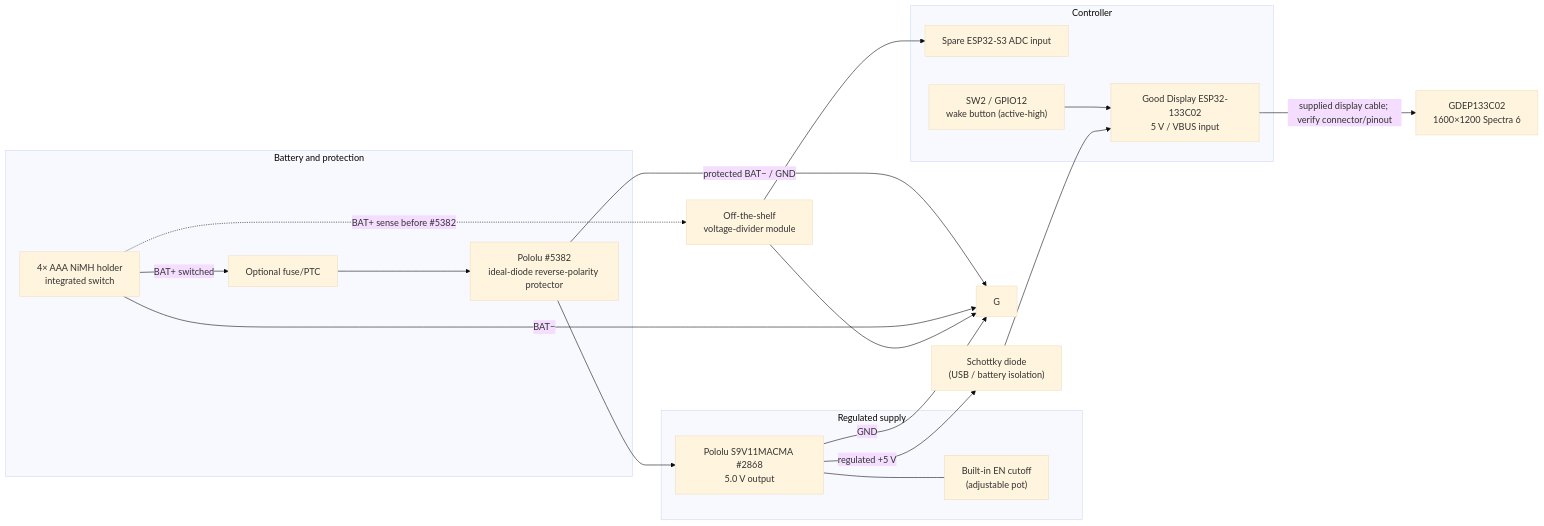
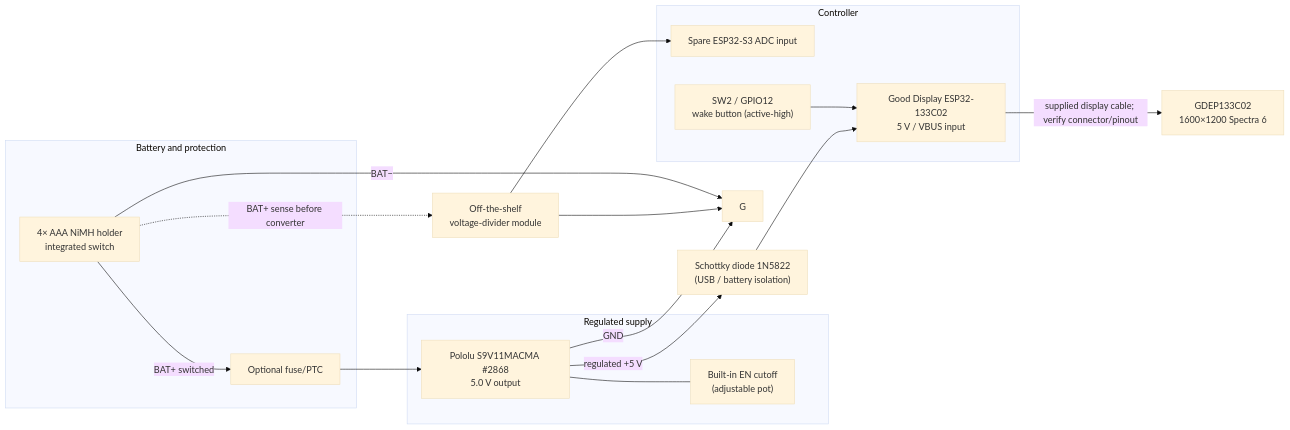
The diagram in docs/WIRING.md (Maokx1/hof_frame), drawn with Mermaid (base theme) before and after one commit. The commit also changed other lines of this file and 1 other file, not shown here.

Commit message:
docs(plan, wiring): Updated battery protection details and wiring diagram for clarity

````diff
--- a/docs/WIRING.md
+++ b/docs/WIRING.md
@@ -10,32 +10,30 @@
 ```mermaid
 flowchart LR
     subgraph BAT["Battery and protection"]
         H["4× AAA NiMH holder<br/>integrated switch"]
         F["Optional fuse/PTC"]
-        P["Pololu #5382<br/>ideal-diode reverse-polarity protector"]
     end
-    SD["Schottky diode<br/>(USB / battery isolation)"]
+    SD["Schottky diode 1N5822<br/>(USB / battery isolation)"]
 
     subgraph REG["Regulated supply"]
         C["Pololu S9V11MACMA #2868<br/>5.0 V output"]
         E["Built-in EN cutoff<br/>(adjustable pot)"]
     end
 
     subgraph CTRL["Controller"]
         B["Good Display ESP32-133C02<br/>5 V / VBUS input"]
         A["Spare ESP32-S3 ADC input"]
         W["SW2 / GPIO12<br/>wake button (active-high)"]
     end
 
     D["Off-the-shelf<br/>voltage-divider module"] --> A
     D --> G
 
-    H -->|"BAT+ switched"| F --> P --> C -->|"regulated +5 V"| SD --> B
+    H -->|"BAT+ switched"| F --> C -->|"regulated +5 V"| SD --> B
     H -->|"BAT−"| G
-    P -->|"protected BAT− / GND"| G
     C -->|"GND"| G
-    H -. "BAT+ sense before #5382" .-> D
+    H -. "BAT+ sense before converter" .-> D
     C --- E
     W --> B
     B -->|"supplied display cable; verify connector/pinout"| X["GDEP133C02<br/>1600×1200 Spectra 6"]
 ```
````
